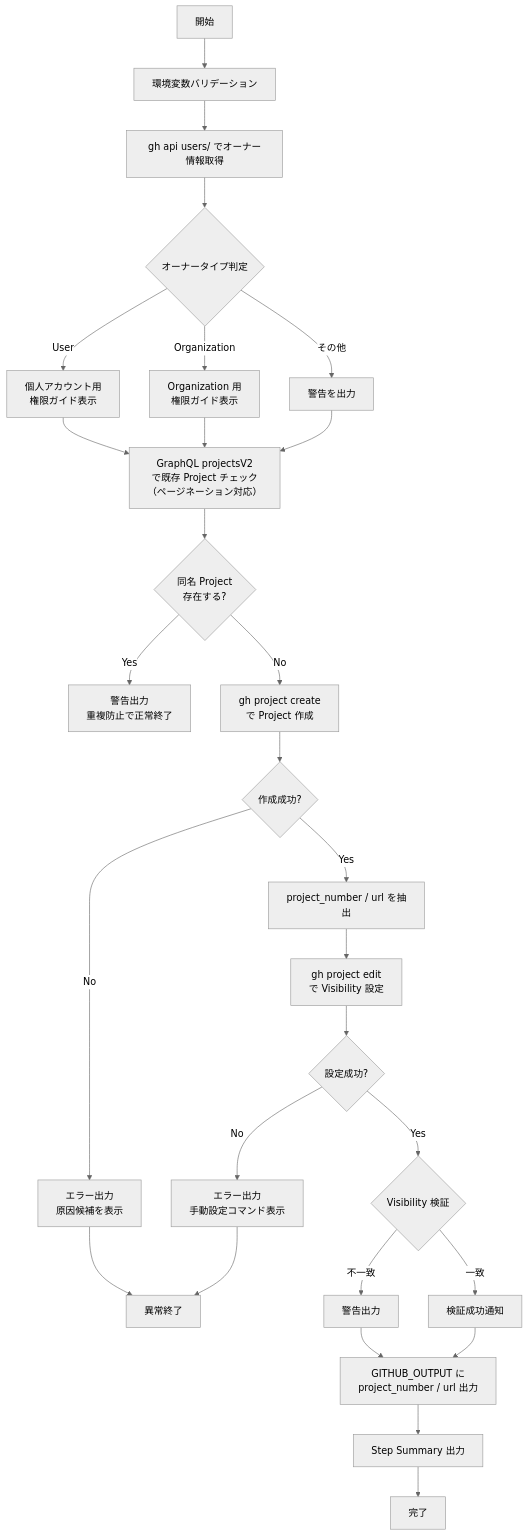
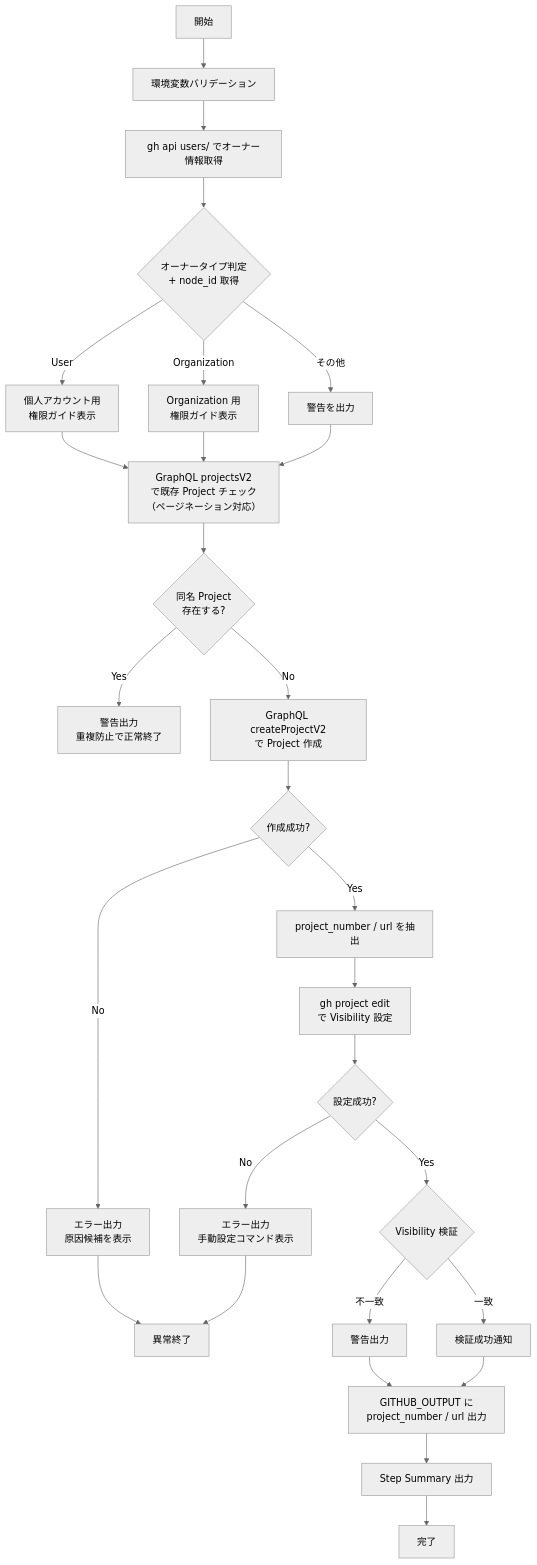
Before and after one commit to lurest-inc/github-projects-ops-kit: the diagram in docs/scripts/setup-github-project.md, drawn with Mermaid (neutral theme). The commit also changed other lines of this file and 2 other files, not shown here.

First line of the commit message:
fix: Project 作成を GraphQL createProjectV2 mutation に置き換えて unknown owner type エラーを修正する

````diff
--- a/docs/scripts/setup-github-project.md
+++ b/docs/scripts/setup-github-project.md
@@ -17,31 +17,31 @@
 ```mermaid
 flowchart TD
     A["開始"] --> B["環境変数バリデーション"]
     B --> C["gh api users/ でオーナー情報取得"]
-    C --> D{"オーナータイプ判定"}
+    C --> D{"オーナータイプ判定\n+ node_id 取得"}
 
     D -- "User" --> E["個人アカウント用\n権限ガイド表示"]
     D -- "Organization" --> F["Organization 用\n権限ガイド表示"]
     D -- "その他" --> G["警告を出力"]
 
     E & F & G --> H["GraphQL projectsV2\nで既存 Project チェック\n（ページネーション対応）"]
     H --> I{"同名 Project\n存在する?"}
     I -- "Yes" --> J["警告出力\n重複防止で正常終了"]
-    I -- "No" --> K["gh project create\nで Project 作成"]
+    I -- "No" --> K["GraphQL createProjectV2\nで Project 作成"]
     K --> L{"作成成功?"}
     L -- "No" --> M["エラー出力\n原因候補を表示"]
     M --> N["異常終了"]
 
     L -- "Yes" --> O["project_number / url を抽出"]
     O --> P["gh project edit\nで Visibility 設定"]
     P --> Q{"設定成功?"}
     Q -- "No" --> R["エラー出力\n手動設定コマンド表示"]
     R --> N
 
     Q -- "Yes" --> S{"Visibility 検証"}
     S -- "不一致" --> T["警告出力"]
     S -- "一致" --> U["検証成功通知"]
     T & U --> V["GITHUB_OUTPUT に\nproject_number / url 出力"]
     V --> W["Step Summary 出力"]
     W --> X["完了"]
 ```
````
